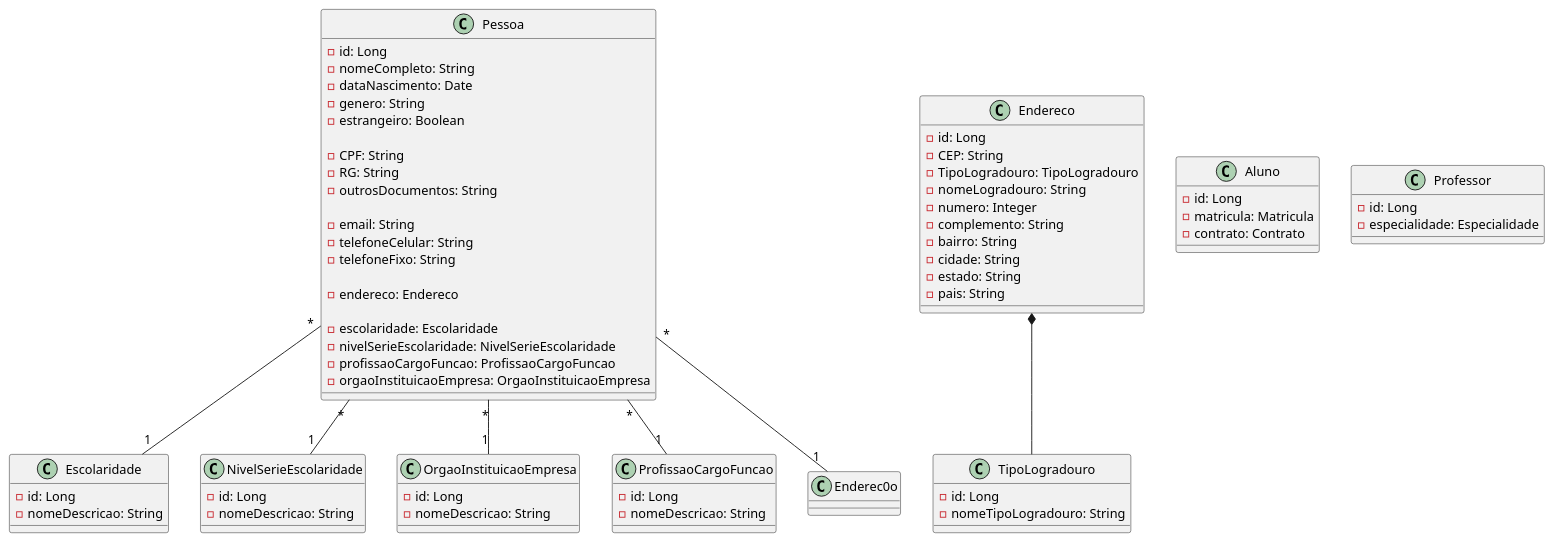
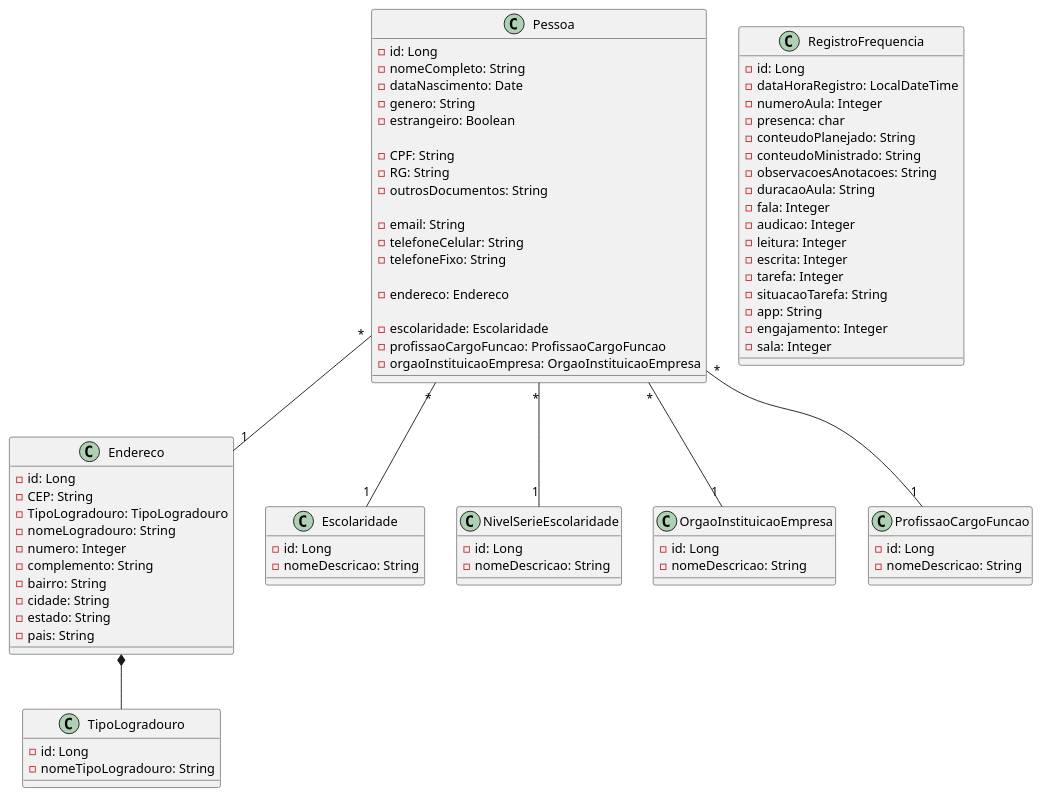
Before and after one commit to Vitor-rs/AgePlan_backend: the diagram in docs/diagrams/dc_entidadesPrincipais.puml, drawn with PlantUML. The commit also changed 1 other file, not shown here.

Commit message:
Atualizando a classe RegistroFrequencia no diagrama de classes

```diff
--- a/docs/diagrams/dc_entidadesPrincipais.puml
+++ b/docs/diagrams/dc_entidadesPrincipais.puml
@@ -1,82 +1,92 @@
 @startuml
 
 class Pessoa {
     - id: Long
     - nomeCompleto: String
     - dataNascimento: Date
     - genero: String
     - estrangeiro: Boolean
 
     - CPF: String
     - RG: String
     - outrosDocumentos: String
 
     - email: String
     - telefoneCelular: String
     - telefoneFixo: String
 
     - endereco: Endereco
 
     - escolaridade: Escolaridade
-    - nivelSerieEscolaridade: NivelSerieEscolaridade
     - profissaoCargoFuncao: ProfissaoCargoFuncao
     - orgaoInstituicaoEmpresa: OrgaoInstituicaoEmpresa
 }
 
 class Endereco {
     - id: Long
     - CEP: String
     - TipoLogradouro: TipoLogradouro
     - nomeLogradouro: String
     - numero: Integer
     - complemento: String
     - bairro: String
     - cidade: String
     - estado: String
     - pais: String
 }
 
 class TipoLogradouro {
     - id: Long
     - nomeTipoLogradouro: String
 }
 
 class Escolaridade {
     - id: Long
     - nomeDescricao: String
 }
 
 class NivelSerieEscolaridade {
     - id: Long
     - nomeDescricao: String
 }
 
 class OrgaoInstituicaoEmpresa {
     - id: Long
     - nomeDescricao: String
 }
 
 class ProfissaoCargoFuncao {
     - id: Long
     - nomeDescricao: String
 }
 
-class Aluno {
+class RegistroFrequencia {
     - id: Long
-    - matricula: Matricula
-    - contrato: Contrato
-}
- class Professor {
-    - id: Long
-    - especialidade: Especialidade
+    - dataHoraRegistro: LocalDateTime
+    - numeroAula: Integer
+    - presenca: char
+    - conteudoPlanejado: String
+    - conteudoMinistrado: String
+    - observacoesAnotacoes: String
+    - duracaoAula: String
+    - fala: Integer
+    - audicao: Integer
+    - leitura: Integer
+    - escrita: Integer
+    - tarefa: Integer
+    - situacaoTarefa: String
+    - app: String
+    - engajamento: Integer
+    - sala: Integer
 }
 
-Pessoa "*" -- "1" Enderec0o
+
+Pessoa "*" -- "1" Endereco
 Pessoa "*" -- "1" Escolaridade
 Pessoa "*" -- "1" NivelSerieEscolaridade
 Pessoa "*" -- "1" ProfissaoCargoFuncao
 Pessoa "*" -- "1" OrgaoInstituicaoEmpresa
 
 Endereco *-- TipoLogradouro
 
 @enduml
```
